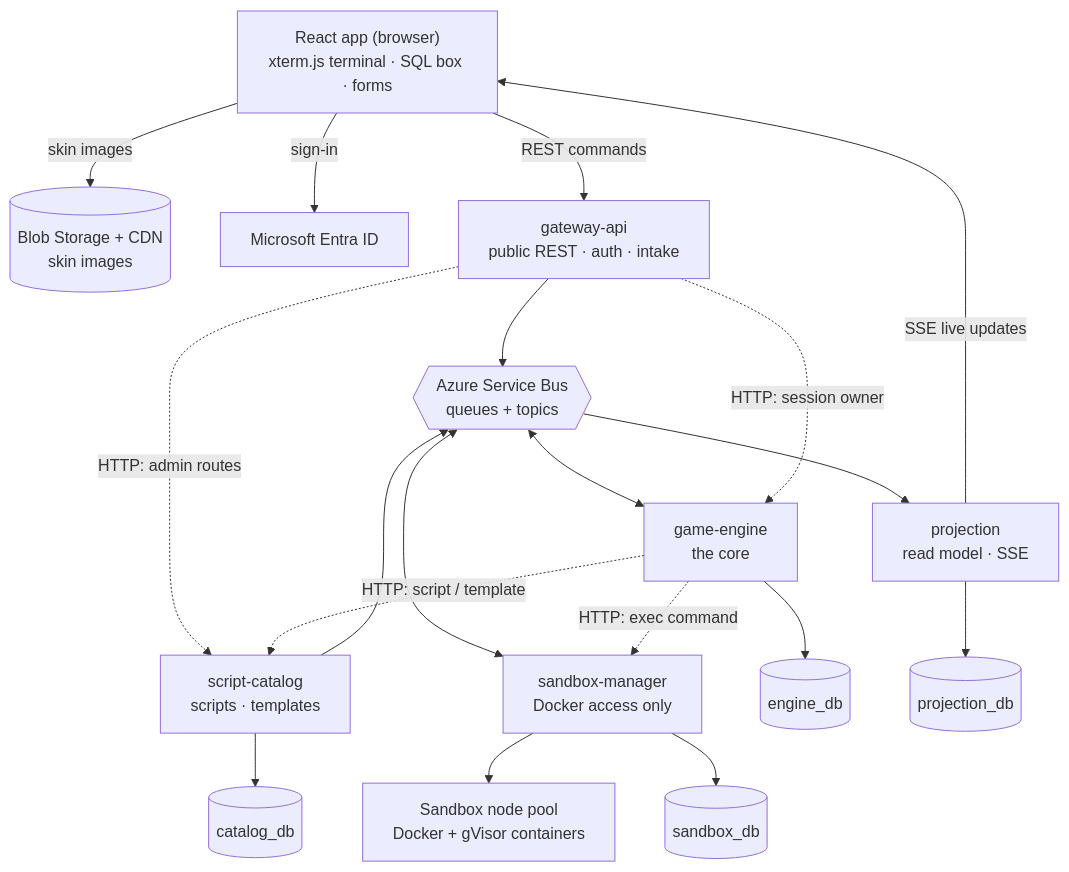
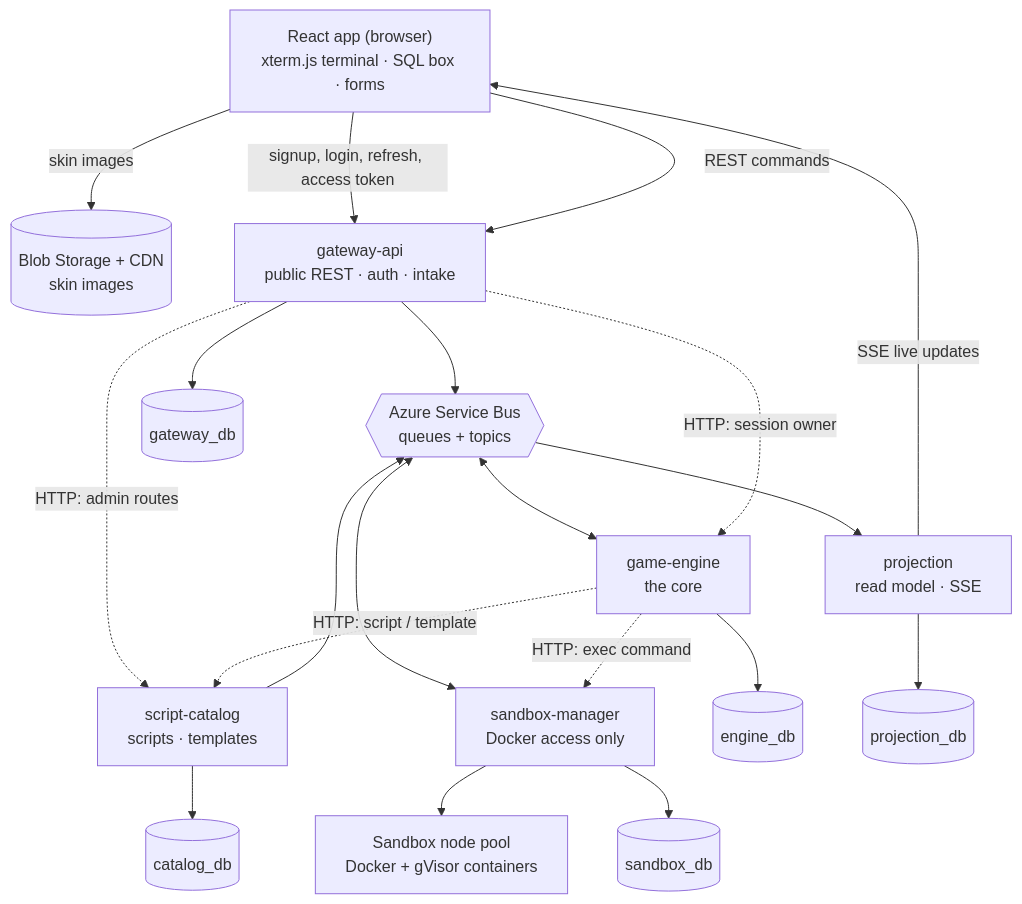
One commit to edenbuky/escapeRoom changed the first of 21 diagrams in DESIGN-v2.md. Above: the diagram before and after it, drawn with Mermaid. The commit also changed other lines of this file and 4 other files, not shown here.

````diff
--- a/DESIGN-v2.md
+++ b/DESIGN-v2.md
@@ -62,44 +62,45 @@
 ```mermaid
 flowchart TB
   UI["React app (browser)<br/>xterm.js terminal · SQL box · forms"]
   CDN[("Blob Storage + CDN<br/>skin images")]
-  ENTRA["Microsoft Entra ID"]
 
   GW["gateway-api<br/>public REST · auth · intake"]
   PROJ["projection<br/>read model · SSE"]
 
   SB{{"Azure Service Bus<br/>queues + topics"}}
 
   ENG["game-engine<br/>the core"]
   CAT["script-catalog<br/>scripts · templates"]
   SBM["sandbox-manager<br/>Docker access only"]
 
   POOL["Sandbox node pool<br/>Docker + gVisor containers"]
 
   EDB[("engine_db")]
   CDB[("catalog_db")]
   SDB[("sandbox_db")]
   PDB[("projection_db")]
+  GDB[("gateway_db")]
 
-  UI -- "sign-in" --> ENTRA
+  UI -- "signup, login, refresh, access token" --> GW
   UI -- "skin images" --> CDN
   UI -- "REST commands" --> GW
   PROJ -- "SSE live updates" --> UI
 
   GW --> SB
   SB <--> ENG
   SB <--> SBM
   CAT --> SB
   SB --> PROJ
 
   GW -. "HTTP: session owner" .-> ENG
   GW -. "HTTP: admin routes" .-> CAT
   ENG -. "HTTP: script / template" .-> CAT
   ENG -. "HTTP: exec command" .-> SBM
 
   SBM --> POOL
   ENG --> EDB
   CAT --> CDB
   SBM --> SDB
   PROJ --> PDB
+  GW --> GDB
 ```
````
